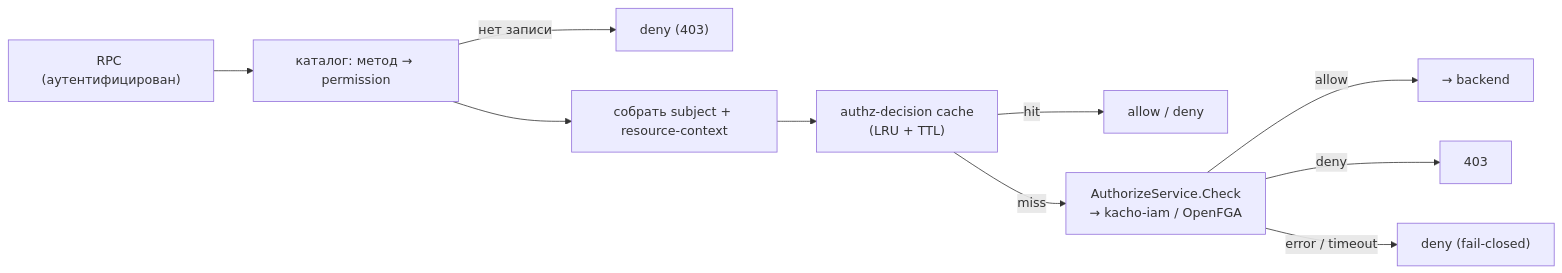
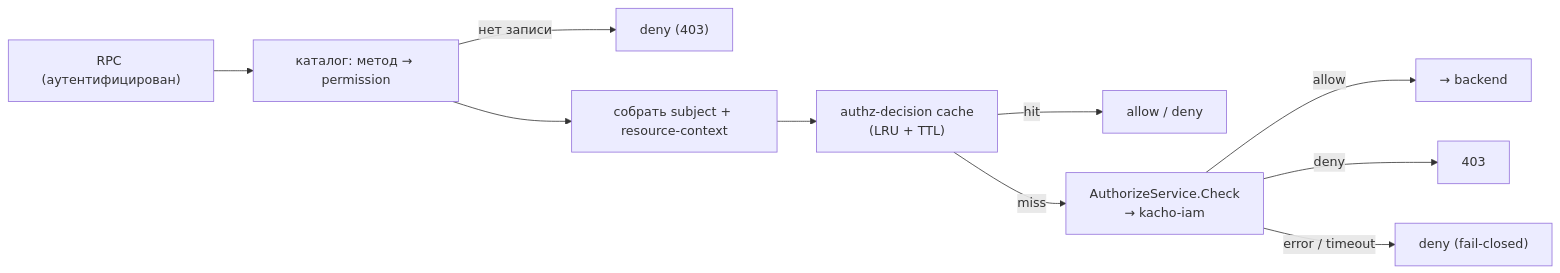
Before and after one commit to PRO-Robotech/kacho: the diagram in gateway/docs/content/architecture/authz.mdx, drawn with Mermaid. The commit also changed other lines of this file and 589 other files, not shown here.

````diff
--- a/gateway/docs/content/architecture/authz.mdx
+++ b/gateway/docs/content/architecture/authz.mdx
@@ -46,12 +46,12 @@
 ```mermaid
 flowchart LR
   req["RPC (аутентифицирован)"] --> map["каталог: метод → permission"]
   map -->|"нет записи"| deny1["deny (403)"]
   map --> subj["собрать subject + resource-context"]
   subj --> cache["authz-decision cache<br/>(LRU + TTL)"]
   cache -->|"hit"| dec["allow / deny"]
-  cache -->|"miss"| check["AuthorizeService.Check<br/>→ kacho-iam / OpenFGA"]
+  cache -->|"miss"| check["AuthorizeService.Check<br/>→ kacho-iam"]
   check -->|"allow"| pass["→ backend"]
   check -->|"deny"| deny2["403"]
   check -->|"error / timeout"| deny3["deny (fail-closed)"]
 ```
````
